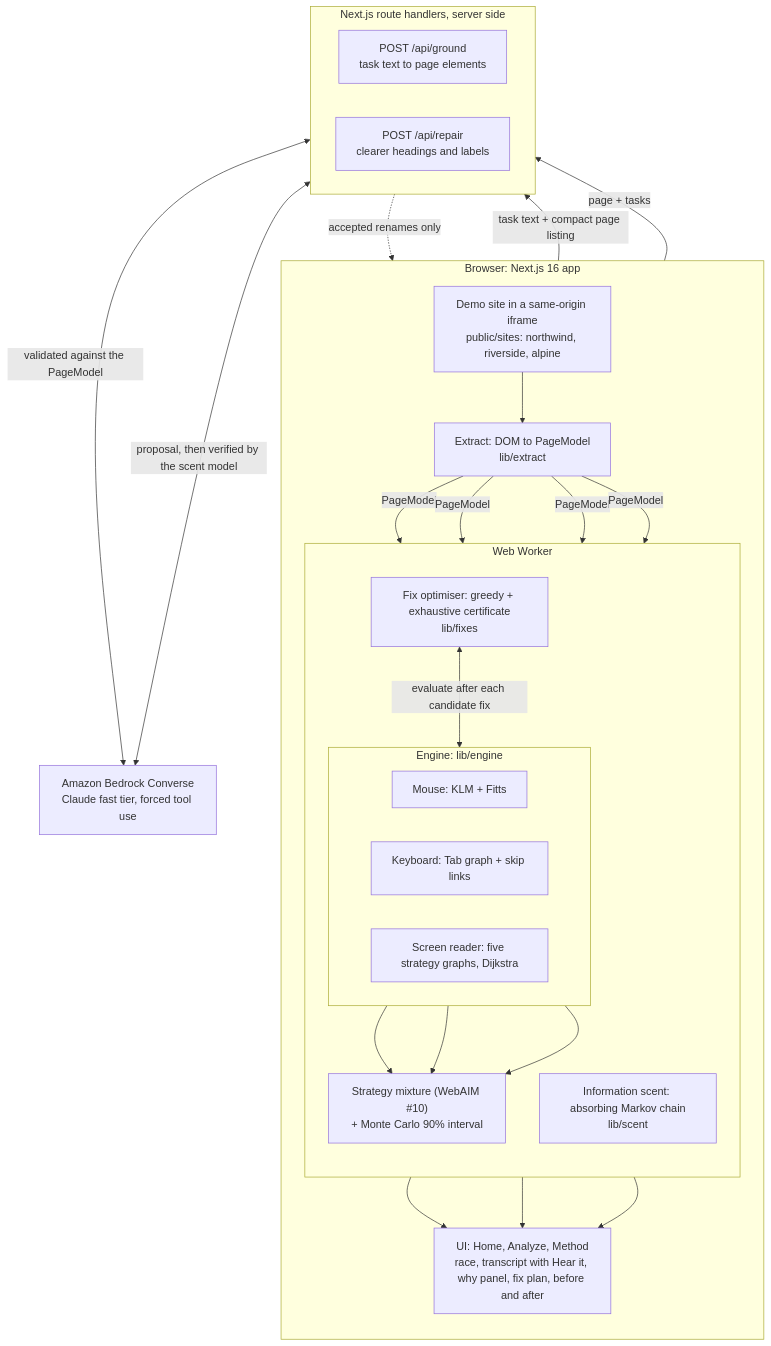
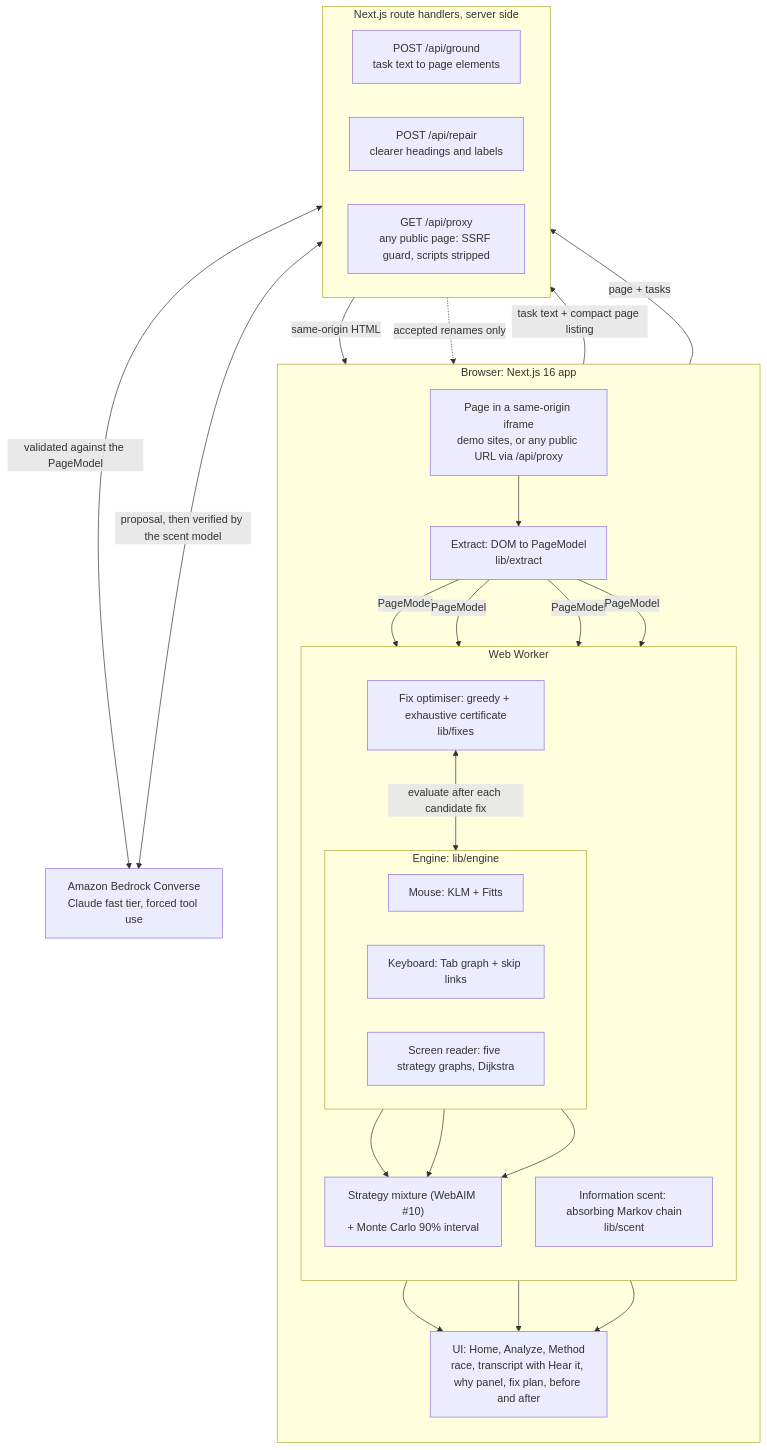
One commit to ethanrom/detour changed the diagram in README.md. Above: the diagram before and after it, drawn with Mermaid. The commit also changed other lines of this file, not shown here.

Commit message:
README: any-URL analysis, proxy and Claude usage safeguards, live demo URL, test count

````diff
--- a/README.md
+++ b/README.md
@@ -51,47 +52,49 @@
 ```mermaid
 flowchart TB
     subgraph BROWSER["Browser: Next.js 16 app"]
         direction TB
-        IF["Demo site in a same-origin iframe<br/>public/sites: northwind, riverside, alpine"]
+        IF["Page in a same-origin iframe<br/>demo sites, or any public URL via /api/proxy"]
         EX["Extract: DOM to PageModel<br/>lib/extract"]
         subgraph WK["Web Worker"]
             direction TB
             subgraph ENG["Engine: lib/engine"]
                 direction LR
                 M["Mouse: KLM + Fitts"]
                 K["Keyboard: Tab graph + skip links"]
                 SR["Screen reader: five strategy graphs, Dijkstra"]
             end
             MIX["Strategy mixture (WebAIM #10)<br/>+ Monte Carlo 90% interval"]
             SC["Information scent: absorbing Markov chain<br/>lib/scent"]
             FX["Fix optimiser: greedy + exhaustive certificate<br/>lib/fixes"]
         end
         UI["UI: Home, Analyze, Method<br/>race, transcript with Hear it, why panel, fix plan, before and after"]
     end
 
     subgraph API["Next.js route handlers, server side"]
         direction LR
         G["POST /api/ground<br/>task text to page elements"]
         R["POST /api/repair<br/>clearer headings and labels"]
+        P["GET /api/proxy<br/>any public page: SSRF guard, scripts stripped"]
     end
 
     BR["Amazon Bedrock Converse<br/>Claude fast tier, forced tool use"]
 
+    P -->|"same-origin HTML"| IF
     IF --> EX
     EX -->|PageModel| M
     EX -->|PageModel| K
     EX -->|PageModel| SR
     M --> MIX
     K --> MIX
     SR --> MIX
     EX -->|PageModel| SC
     MIX --> UI
     SC --> UI
     FX <-->|"evaluate after each candidate fix"| ENG
     FX --> UI
     UI -->|"task text + compact page listing"| G
     UI -->|"page + tasks"| R
     G <-->|validated against the PageModel| BR
     R <-->|"proposal, then verified by the scent model"| BR
     R -.->|"accepted renames only"| UI
 ```
````
